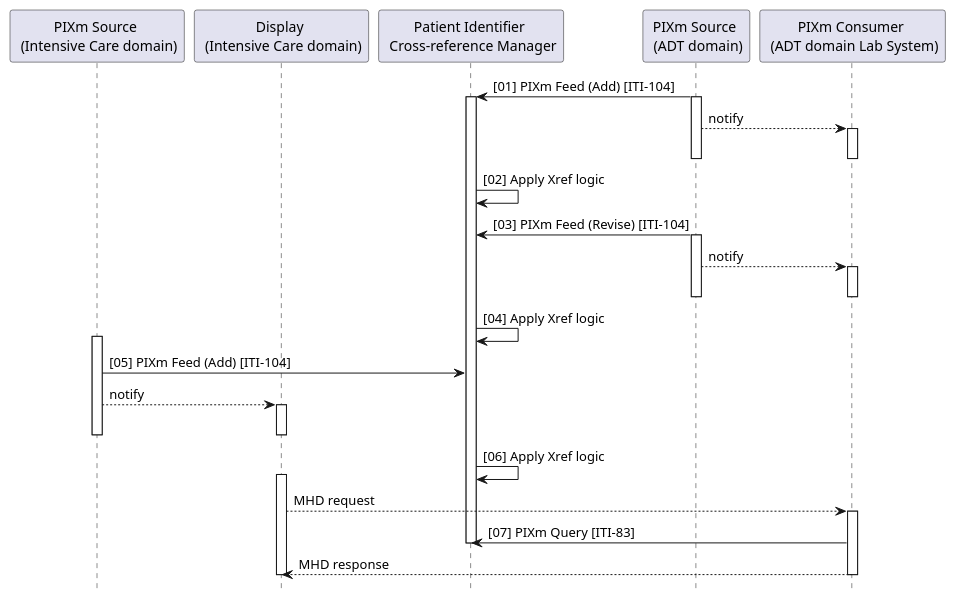
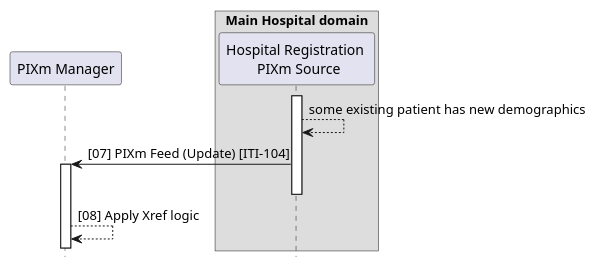
One commit to IHE/ITI.PIXm changed the diagram in input/images-source/uc_2.plantuml. Above: the diagram before and after it, drawn with PlantUML. The commit also changed 5 other files, not shown here.

```diff
--- a/input/images-source/uc_2.plantuml
+++ b/input/images-source/uc_2.plantuml
@@ -1,55 +1,17 @@
 @startuml
 hide footbox
 
-participant "PIXm Source \n (Intensive Care domain)" as Source1
-participant "Display \n (Intensive Care domain)" as Display
-participant "Patient Identifier \n Cross-reference Manager" as Manager
-participant "PIXm Source \n (ADT domain)" as Source2
-participant "PIXm Consumer \n (ADT domain Lab System)" as Lab
+participant "PIXm Manager" as Manager
+box Main Hospital domain
+ participant "Hospital Registration \n PIXm Source" as Source2
+endbox
 
-Source2 -> Manager: [01] PIXm Feed (Add) [ITI-104]
+activate Source2
+Source2 --> Source2: some existing patient has new demographics
+Source2 -> Manager: [07] PIXm Feed (Update) [ITI-104]
 activate Manager
-activate Source2
-Source2 --> Lab: notify
-activate Lab
 deactivate Source2
-deactivate Lab
-Manager -> Manager: [02] Apply Xref logic
 
-Source2 -> Manager: [03] PIXm Feed (Revise) [ITI-104]
-activate Source2
-Source2 --> Lab: notify
-activate Lab
-deactivate Source2
-deactivate Lab
-Manager -> Manager: [04] Apply Xref logic
-
-activate Source1
-
-Source1 -> Manager: [05] PIXm Feed (Add) [ITI-104]
-
-Source1 --> Display: notify
-activate Display
-deactivate Display
-
-deactivate Source1
-
-Manager -> Manager: [06] Apply Xref logic
-
-activate Display
-
-Display --> Lab: MHD request
-activate Lab
-
-Lab -> Manager: [07] PIXm Query [ITI-83]
-deactivate Manager
-
-Lab --> Display: MHD response
-
-deactivate Display
-deactivate Lab
-
-deactivate Manager
-
+Manager --> Manager: [08] Apply Xref logic
 
 @enduml
```
